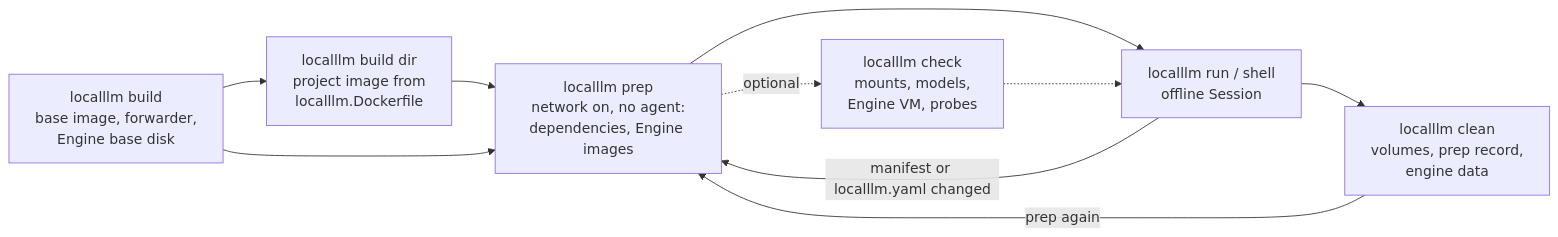
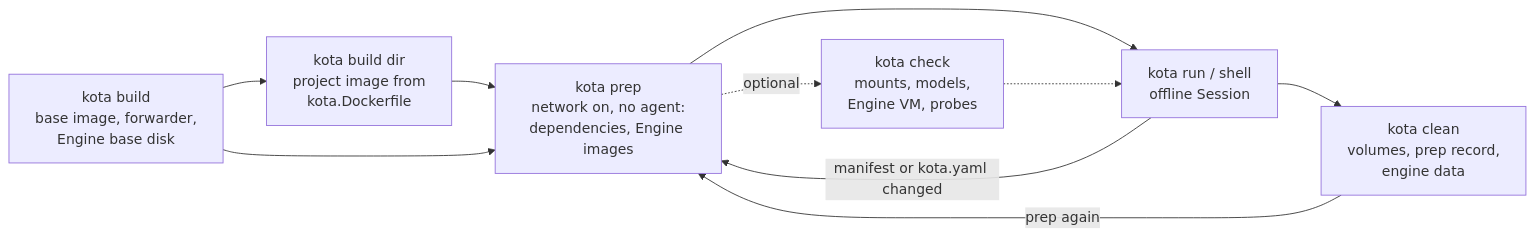
Before and after one commit to cyky/kota: the second of 5 diagrams in docs/architecture.md, drawn with Mermaid. The commit also changed other lines of this file and 65 other files, not shown here.

First line of the commit message:
feat: rename the project to kota

````diff
--- a/docs/architecture.md
+++ b/docs/architecture.md
@@ -50,16 +50,16 @@
 ```mermaid
 flowchart LR
-    build["localllm build<br/>base image, forwarder,<br/>Engine base disk"]
-    pbuild["localllm build dir<br/>project image from<br/>localllm.Dockerfile"]
-    prep["localllm prep<br/>network on, no agent:<br/>dependencies, Engine images"]
-    run["localllm run / shell<br/>offline Session"]
-    check["localllm check<br/>mounts, models,<br/>Engine VM, probes"]
-    clean["localllm clean<br/>volumes, prep record,<br/>engine data"]
+    build["kota build<br/>base image, forwarder,<br/>Engine base disk"]
+    pbuild["kota build dir<br/>project image from<br/>kota.Dockerfile"]
+    prep["kota prep<br/>network on, no agent:<br/>dependencies, Engine images"]
+    run["kota run / shell<br/>offline Session"]
+    check["kota check<br/>mounts, models,<br/>Engine VM, probes"]
+    clean["kota clean<br/>volumes, prep record,<br/>engine data"]
 
     build --> pbuild --> prep --> run
     build --> prep
-    run -- "manifest or localllm.yaml changed" --> prep
+    run -- "manifest or kota.yaml changed" --> prep
     prep -. "optional" .-> check -.-> run
     run --> clean
     clean -- "prep again" --> prep
 ```
````
